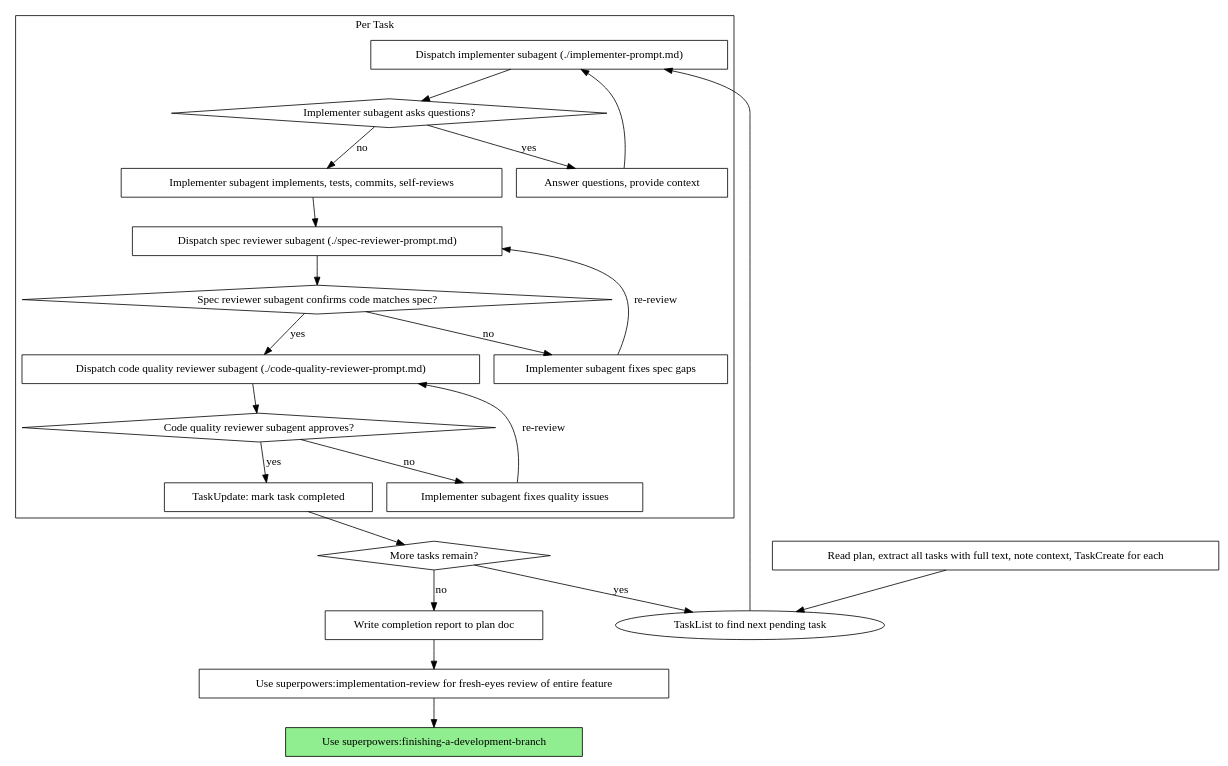
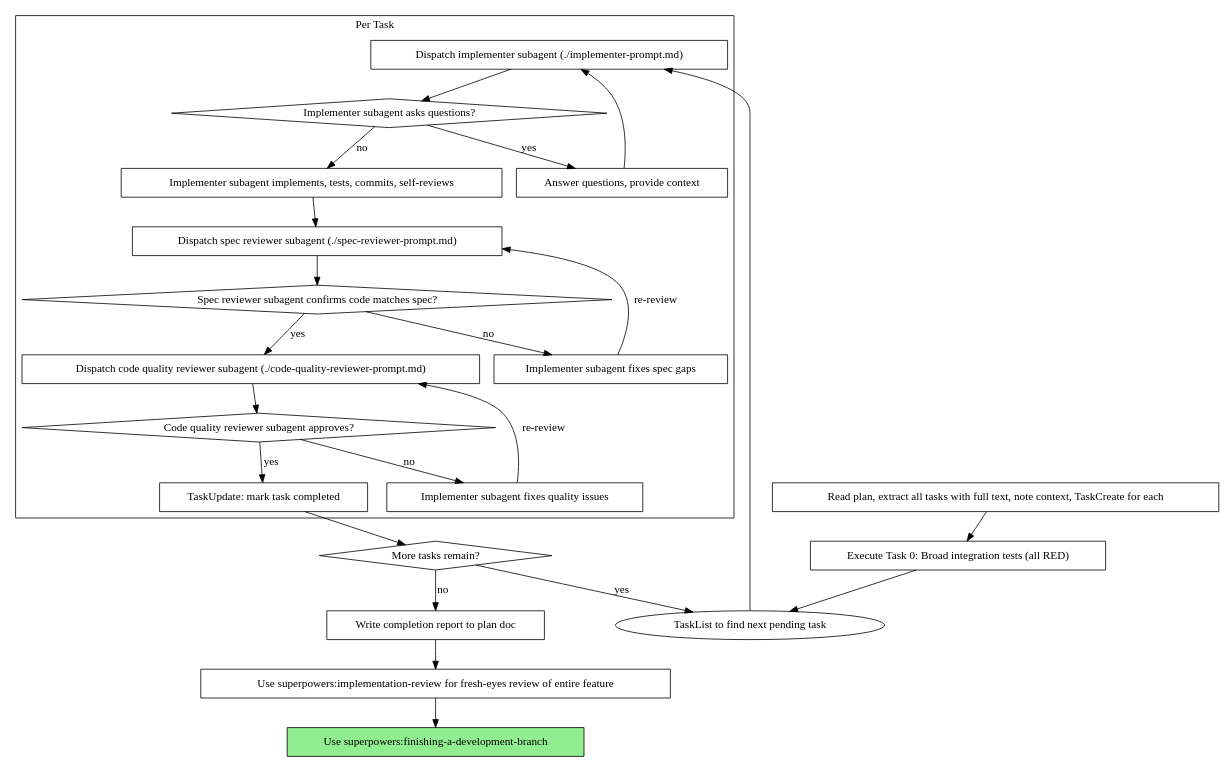
The second of 2 diagrams in skills/subagent-driven-development/SKILL.md (nikhilsitaram/superpowers), drawn with Graphviz before and after one commit. The commit also changed other lines of this file, not shown here.

Commit message:
feat: add Task 0 to subagent-driven-development flow

````diff
--- a/skills/subagent-driven-development/SKILL.md
+++ b/skills/subagent-driven-development/SKILL.md
@@ -40,47 +40,49 @@
 ```dot
 digraph process {
     rankdir=TB;
 
     subgraph cluster_per_task {
         label="Per Task";
         "Dispatch implementer subagent (./implementer-prompt.md)" [shape=box];
         "Implementer subagent asks questions?" [shape=diamond];
         "Answer questions, provide context" [shape=box];
         "Implementer subagent implements, tests, commits, self-reviews" [shape=box];
         "Dispatch spec reviewer subagent (./spec-reviewer-prompt.md)" [shape=box];
         "Spec reviewer subagent confirms code matches spec?" [shape=diamond];
         "Implementer subagent fixes spec gaps" [shape=box];
         "Dispatch code quality reviewer subagent (./code-quality-reviewer-prompt.md)" [shape=box];
         "Code quality reviewer subagent approves?" [shape=diamond];
         "Implementer subagent fixes quality issues" [shape=box];
         "TaskUpdate: mark task completed" [shape=box];
     }
 
     "Read plan, extract all tasks with full text, note context, TaskCreate for each" [shape=box];
+    "Execute Task 0: Broad integration tests (all RED)" [shape=box];
     "More tasks remain?" [shape=diamond];
     "Use superpowers:implementation-review for fresh-eyes review of entire feature" [shape=box];
     "Use superpowers:finishing-a-development-branch" [shape=box style=filled fillcolor=lightgreen];
 
-    "Read plan, extract all tasks with full text, note context, TaskCreate for each" -> "TaskList to find next pending task";
+    "Read plan, extract all tasks with full text, note context, TaskCreate for each" -> "Execute Task 0: Broad integration tests (all RED)";
+    "Execute Task 0: Broad integration tests (all RED)" -> "TaskList to find next pending task";
     "TaskList to find next pending task" -> "Dispatch implementer subagent (./implementer-prompt.md)";
     "Dispatch implementer subagent (./implementer-prompt.md)" -> "Implementer subagent asks questions?";
     "Implementer subagent asks questions?" -> "Answer questions, provide context" [label="yes"];
     "Answer questions, provide context" -> "Dispatch implementer subagent (./implementer-prompt.md)";
     "Implementer subagent asks questions?" -> "Implementer subagent implements, tests, commits, self-reviews" [label="no"];
     "Implementer subagent implements, tests, commits, self-reviews" -> "Dispatch spec reviewer subagent (./spec-reviewer-prompt.md)";
     "Dispatch spec reviewer subagent (./spec-reviewer-prompt.md)" -> "Spec reviewer subagent confirms code matches spec?";
     "Spec reviewer subagent confirms code matches spec?" -> "Implementer subagent fixes spec gaps" [label="no"];
     "Implementer subagent fixes spec gaps" -> "Dispatch spec reviewer subagent (./spec-reviewer-prompt.md)" [label="re-review"];
     "Spec reviewer subagent confirms code matches spec?" -> "Dispatch code quality reviewer subagent (./code-quality-reviewer-prompt.md)" [label="yes"];
     "Dispatch code quality reviewer subagent (./code-quality-reviewer-prompt.md)" -> "Code quality reviewer subagent approves?";
     "Code quality reviewer subagent approves?" -> "Implementer subagent fixes quality issues" [label="no"];
     "Implementer subagent fixes quality issues" -> "Dispatch code quality reviewer subagent (./code-quality-reviewer-prompt.md)" [label="re-review"];
     "Code quality reviewer subagent approves?" -> "TaskUpdate: mark task completed" [label="yes"];
     "TaskUpdate: mark task completed" -> "More tasks remain?";
     "More tasks remain?" -> "TaskList to find next pending task" [label="yes"];
     "Write completion report to plan doc" [shape=box];
     "More tasks remain?" -> "Write completion report to plan doc" [label="no"];
     "Write completion report to plan doc" -> "Use superpowers:implementation-review for fresh-eyes review of entire feature";
     "Use superpowers:implementation-review for fresh-eyes review of entire feature" -> "Use superpowers:finishing-a-development-branch";
 }
 ```
````
